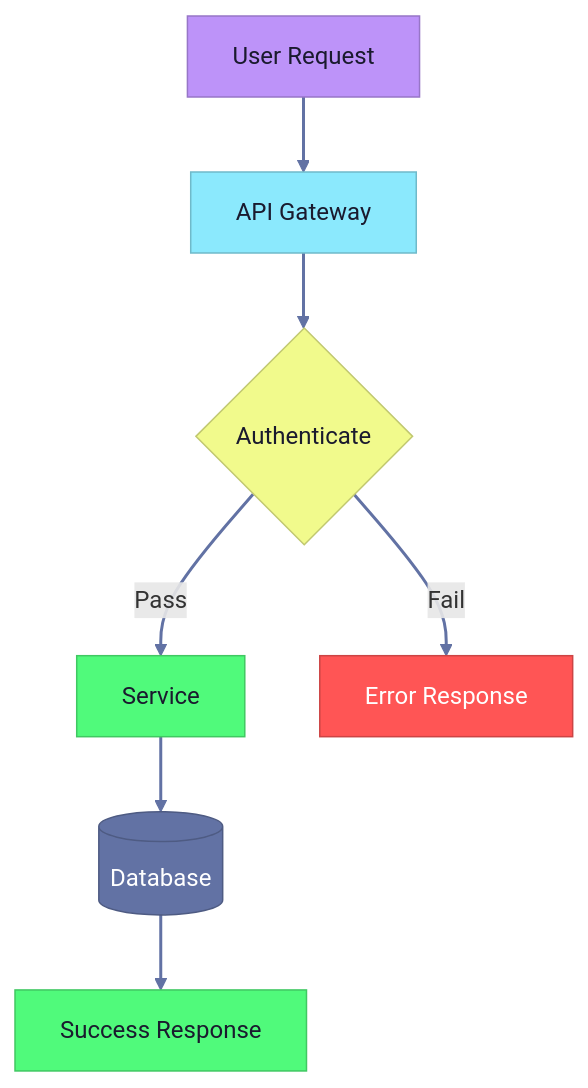
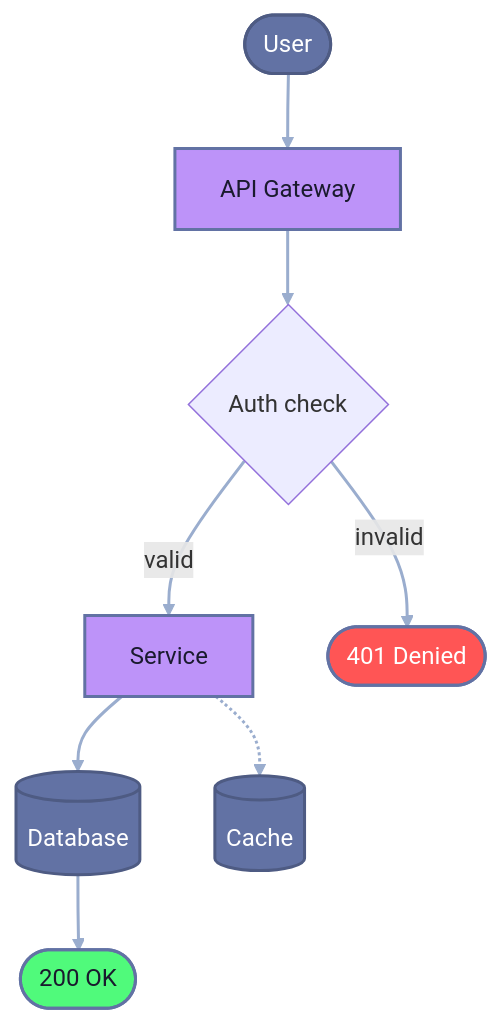
One commit to mdsakalu/agent-plugins changed diagram 11 of 24 in creating-mermaid-diagrams/skills/creating-mermaid-diagrams/references/themes.md. Above: the diagram before and after it, drawn with Mermaid. The commit also changed other lines of this file and 4 other files, not shown here.

First line of the commit message:
refactor(creating-mermaid-diagrams): design-driven styling overhaul

````diff
--- a/creating-mermaid-diagrams/skills/creating-mermaid-diagrams/references/themes.md
+++ b/creating-mermaid-diagrams/skills/creating-mermaid-diagrams/references/themes.md
@@ -426,26 +487,18 @@
 ```mermaid
 flowchart TD
-    user["User Request"] --> api["API Gateway"]
-    api --> auth{"Authenticate"}
-    auth -->|Pass| service["Service"]
-    auth -->|Fail| error["Error Response"]
-    service --> db[("Database")]
-    db --> response["Success Response"]
+    user(["User"]) ==> api["API Gateway"] ==> auth{"Auth check"}
+    auth == valid ==> svc["Service"] ==> db[("Database")] ==> res(["200 OK"])
+    auth -- invalid --> err(["401 Denied"])
+    svc -.-> cache[("Cache")]
 
-    classDef primary fill:#bd93f9,stroke:#9776c7,color:#1a1a2e
-    classDef secondary fill:#6272a4,stroke:#4e5b83,color:#ffffff
-    classDef success fill:#50fa7b,stroke:#40c862,color:#1a1a2e
-    classDef warning fill:#f1fa8c,stroke:#c1c870,color:#1a1a2e
-    classDef danger fill:#ff5555,stroke:#cc4444,color:#ffffff
-    classDef info fill:#8be9fd,stroke:#6fbaca,color:#1a1a2e
+    classDef primary fill:#bd93f9,stroke:#6272a4,stroke-width:2px,color:#1a1a2e
+    classDef muted fill:#6272a4,stroke:#4e5b83,stroke-width:2px,color:#ffffff
+    classDef success fill:#50fa7b,stroke:#6272a4,stroke-width:2px,color:#1a1a2e
+    classDef danger fill:#ff5555,stroke:#6272a4,stroke-width:2px,color:#ffffff
+    linkStyle default stroke:#9aadce,stroke-width:2px
 
-    linkStyle default stroke:#6272a4,stroke-width:2px
-
-    class user primary
-    class api info
-    class auth warning
-    class service success
-    class error danger
-    class db secondary
-    class response success
+    class api,svc primary
+    class user,db,cache muted
+    class res success
+    class err danger
 ```
````
